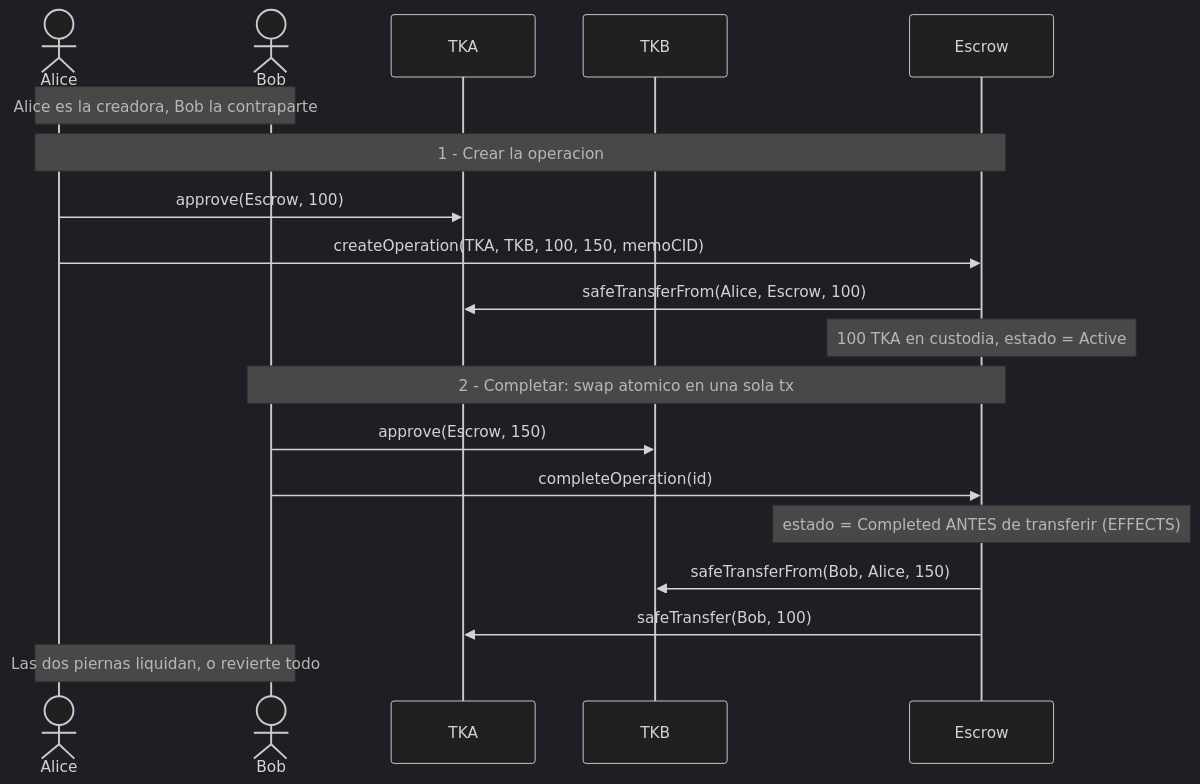
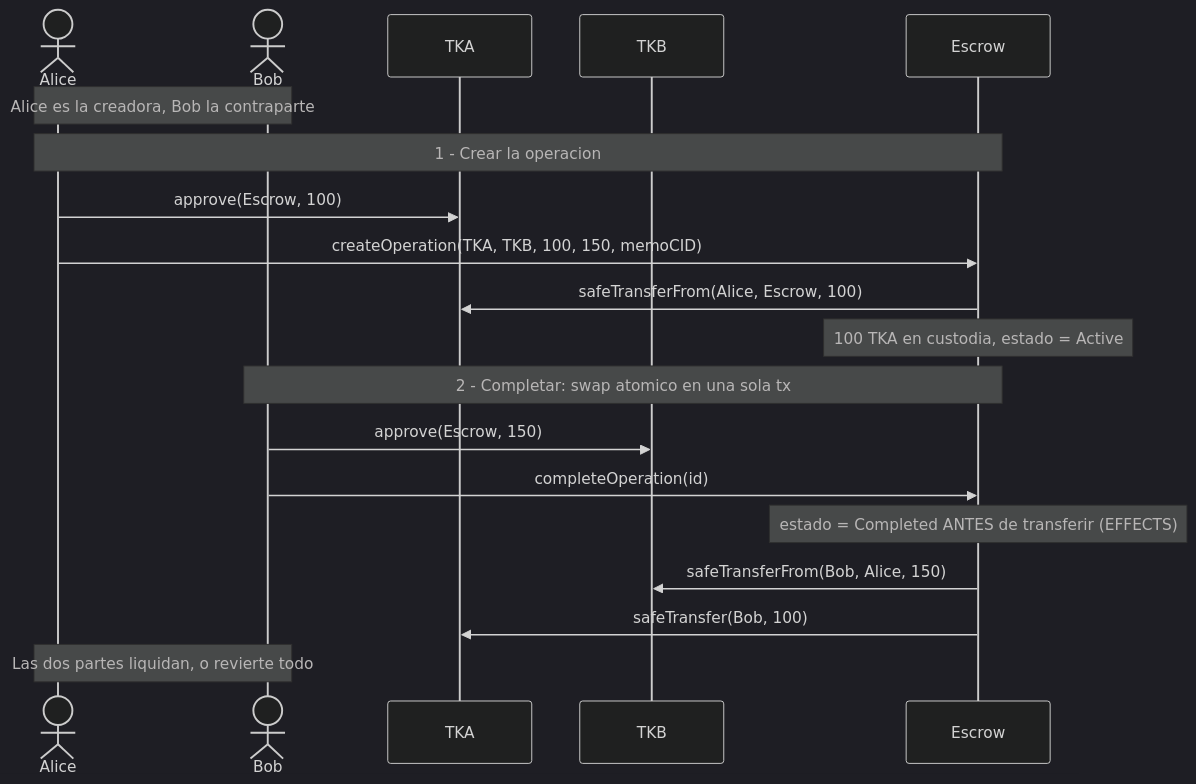
Before and after one commit to alebeta06/Escrow-DApp: the second of 3 diagrams in docs/ARCHITECTURE.md, drawn with Mermaid (dark theme). The commit also changed other lines of this file, not shown here.

Commit message:
docs: update terminology in architecture documentation to clarify atomic swap settlement process

````diff
--- a/docs/ARCHITECTURE.md
+++ b/docs/ARCHITECTURE.md
@@ -99,25 +99,25 @@
 ```mermaid
 sequenceDiagram
     actor Alice
     actor Bob
     participant TKA
     participant TKB
     participant Escrow
 
     Note over Alice,Bob: Alice es la creadora, Bob la contraparte
 
     Note over Alice,Escrow: 1 - Crear la operacion
     Alice->>TKA: approve(Escrow, 100)
     Alice->>Escrow: createOperation(TKA, TKB, 100, 150, memoCID)
     Escrow->>TKA: safeTransferFrom(Alice, Escrow, 100)
     Note over Escrow: 100 TKA en custodia, estado = Active
 
     Note over Bob,Escrow: 2 - Completar: swap atomico en una sola tx
     Bob->>TKB: approve(Escrow, 150)
     Bob->>Escrow: completeOperation(id)
     Note over Escrow: estado = Completed ANTES de transferir (EFFECTS)
     Escrow->>TKB: safeTransferFrom(Bob, Alice, 150)
     Escrow->>TKA: safeTransfer(Bob, 100)
 
-    Note over Alice,Bob: Las dos piernas liquidan, o revierte todo
+    Note over Alice,Bob: Las dos partes liquidan, o revierte todo
 ```
````
